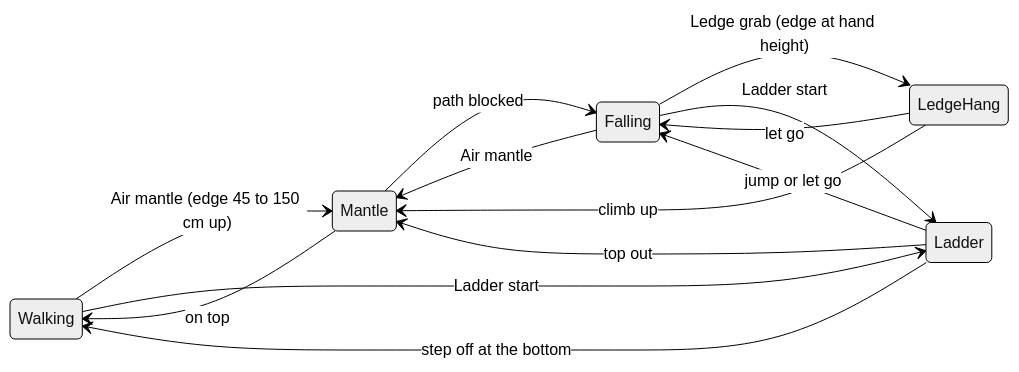
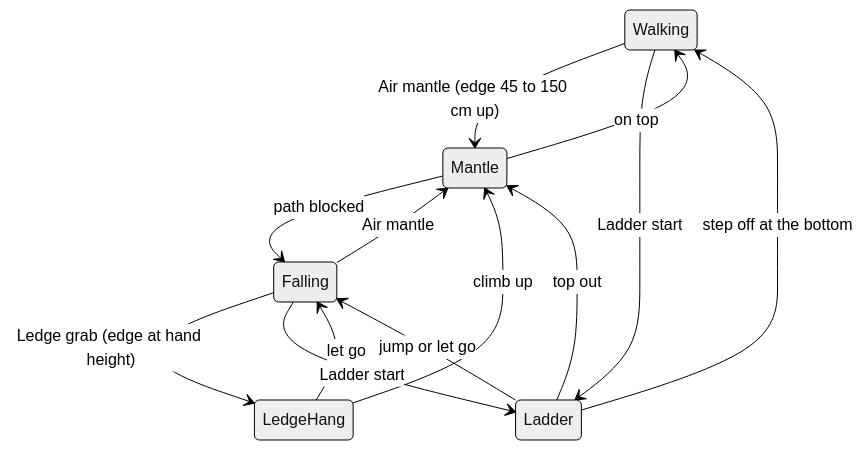
One commit to gregorik/Foothold-Core changed the second of 2 diagrams in README.md. Above: the diagram before and after it, drawn with Mermaid (neutral theme).

Commit message:
README: lay the mode diagram out top to bottom

````diff
--- a/README.md
+++ b/README.md
@@ -180,16 +180,15 @@
 ```mermaid
 stateDiagram-v2
-    direction LR
     Walking --> Mantle: Air mantle (edge 45 to 150 cm up)
     Falling --> Mantle: Air mantle
     Falling --> LedgeHang: Ledge grab (edge at hand height)
     Walking --> Ladder: Ladder start
     Falling --> Ladder: Ladder start
     LedgeHang --> Mantle: climb up
     LedgeHang --> Falling: let go
     Ladder --> Mantle: top out
     Ladder --> Walking: step off at the bottom
     Ladder --> Falling: jump or let go
     Mantle --> Walking: on top
     Mantle --> Falling: path blocked
 ```
````
